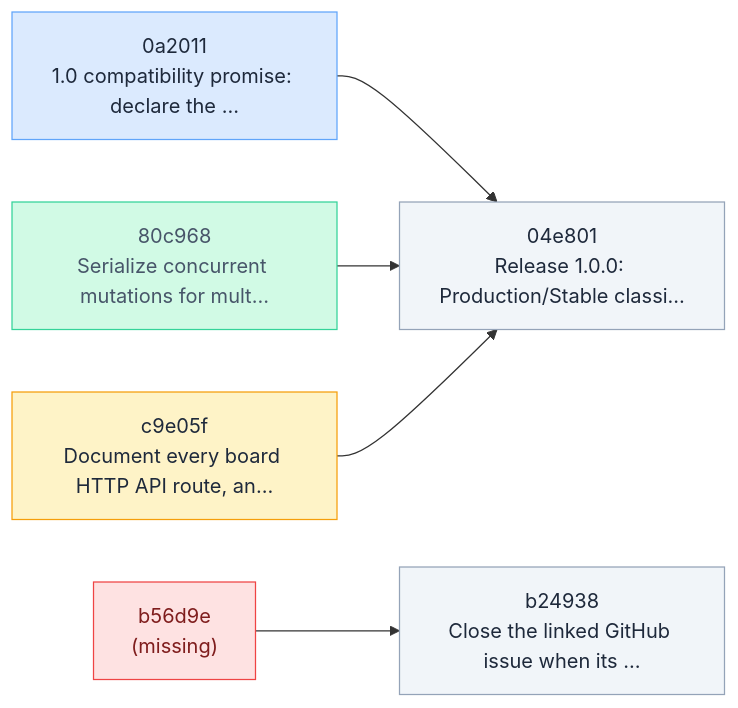
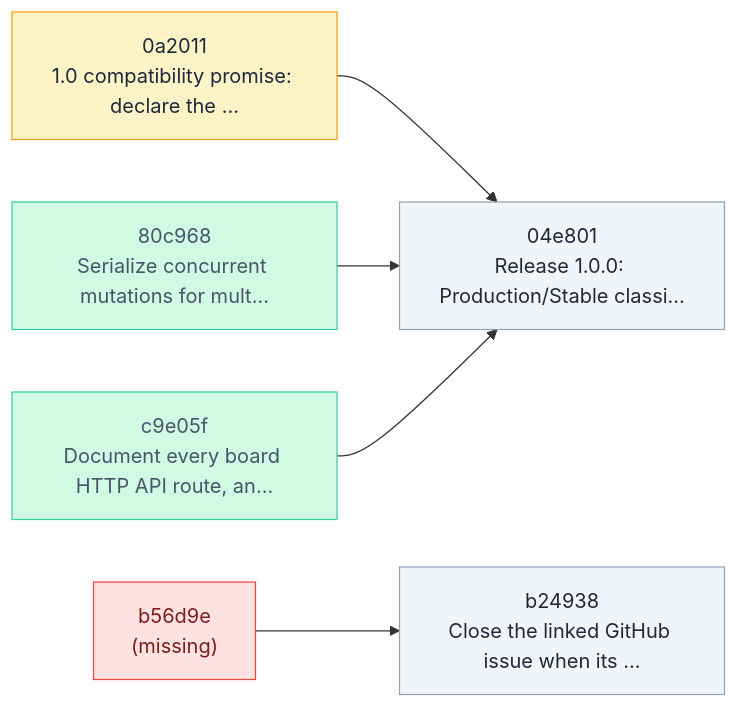
The diagram in .skald/README.md (Vitund-AI/skald), drawn with Mermaid before and after one commit. The commit also changed other lines of this file and 14 other files, not shown here.

````diff
--- a/.skald/README.md
+++ b/.skald/README.md
@@ -24,23 +24,21 @@
 ```mermaid
 flowchart LR
     n_04e801["04e801<br/>Release 1.0.0: Production/Stable classi…"]
     n_0a2011["0a2011<br/>1.0 compatibility promise: declare the …"]
     n_80c968["80c968<br/>Serialize concurrent mutations for mult…"]
     n_b24938["b24938<br/>Close the linked GitHub issue when its …"]
     n_b56d9e["b56d9e<br/>(missing)"]
     n_c9e05f["c9e05f<br/>Document every board HTTP API route, an…"]
     n_b56d9e --> n_b24938
     n_0a2011 --> n_04e801
     n_80c968 --> n_04e801
     n_c9e05f --> n_04e801
     classDef backlog fill:#f1f5f9,stroke:#94a3b8,color:#1e293b
-    classDef ready fill:#dbeafe,stroke:#60a5fa,color:#1e293b
     classDef active fill:#fef3c7,stroke:#f59e0b,color:#1e293b
     classDef done fill:#d1fae5,stroke:#34d399,color:#475569
     classDef unknown fill:#fee2e2,stroke:#ef4444,color:#7f1d1d
-    class n_0a2011 ready
+    class n_80c968,n_c9e05f done
     class n_b56d9e unknown
-    class n_80c968 done
     class n_04e801,n_b24938 backlog
-    class n_c9e05f active
+    class n_0a2011 active
 ```
````
